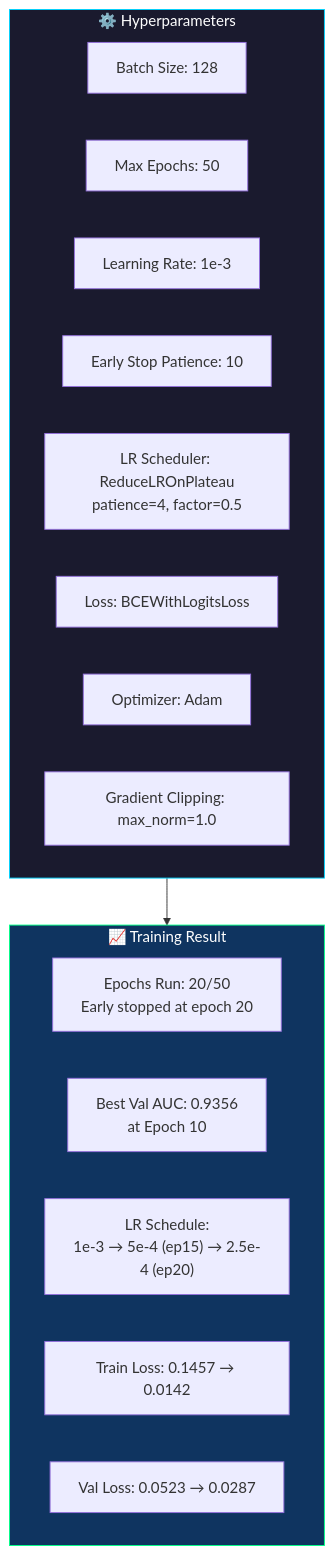
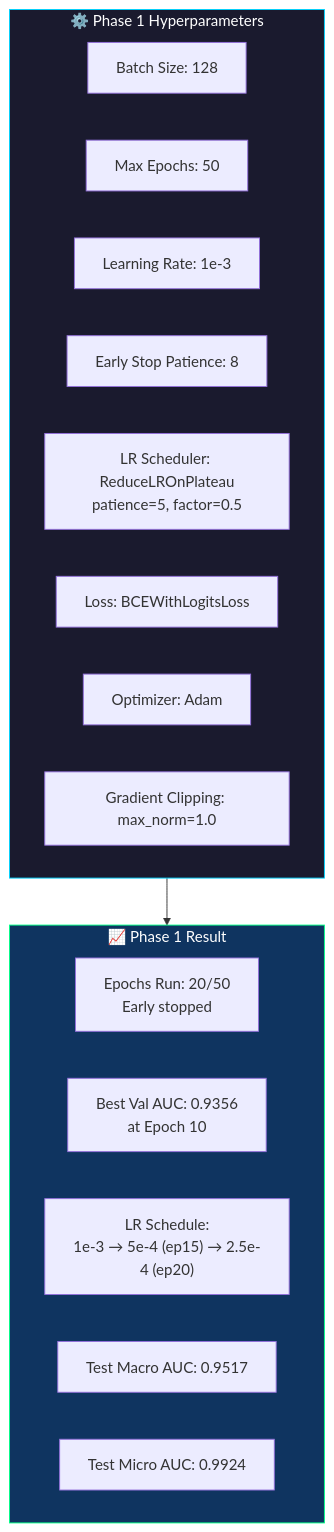
The sixth of 12 diagrams in docs/model/MODEL_DOCUMENTATION.md (adzetto/hayatin_ritmi), drawn with Mermaid before and after one commit. The commit also changed other lines of this file, not shown here.

````diff
--- a/docs/model/MODEL_DOCUMENTATION.md
+++ b/docs/model/MODEL_DOCUMENTATION.md
@@ -155,26 +330,26 @@
 ```mermaid
 flowchart TD
-    subgraph CONFIG["⚙️ Hyperparameters"]
+    subgraph CONFIG["⚙️ Phase 1 Hyperparameters"]
         C1["Batch Size: 128"]
         C2["Max Epochs: 50"]
         C3["Learning Rate: 1e-3"]
-        C4["Early Stop Patience: 10"]
-        C5["LR Scheduler: ReduceLROnPlateau<br/>patience=4, factor=0.5"]
+        C4["Early Stop Patience: 8"]
+        C5["LR Scheduler: ReduceLROnPlateau<br/>patience=5, factor=0.5"]
         C6["Loss: BCEWithLogitsLoss"]
         C7["Optimizer: Adam"]
         C8["Gradient Clipping: max_norm=1.0"]
     end
 
-    subgraph RESULT["📈 Training Result"]
-        R1["Epochs Run: 20/50<br/>Early stopped at epoch 20"]
+    subgraph RESULT["📈 Phase 1 Result"]
+        R1["Epochs Run: 20/50<br/>Early stopped"]
         R2["Best Val AUC: 0.9356<br/>at Epoch 10"]
         R3["LR Schedule:<br/>1e-3 → 5e-4 (ep15) → 2.5e-4 (ep20)"]
-        R4["Train Loss: 0.1457 → 0.0142"]
-        R5["Val Loss: 0.0523 → 0.0287"]
+        R4["Test Macro AUC: 0.9517"]
+        R5["Test Micro AUC: 0.9924"]
     end
 
     CONFIG --> RESULT
 
     style CONFIG fill:#1a1a2e,stroke:#00d4ff,color:#fff
     style RESULT fill:#0f3460,stroke:#00ff88,color:#fff
 ```
````
